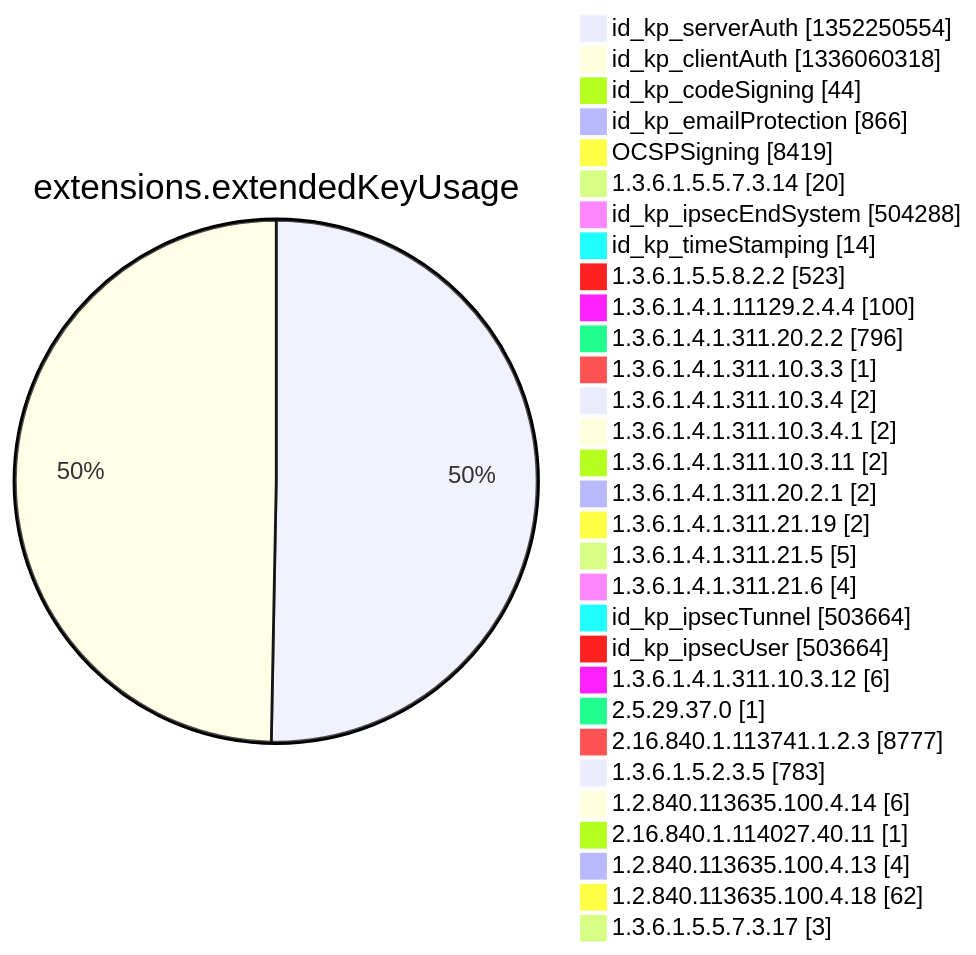
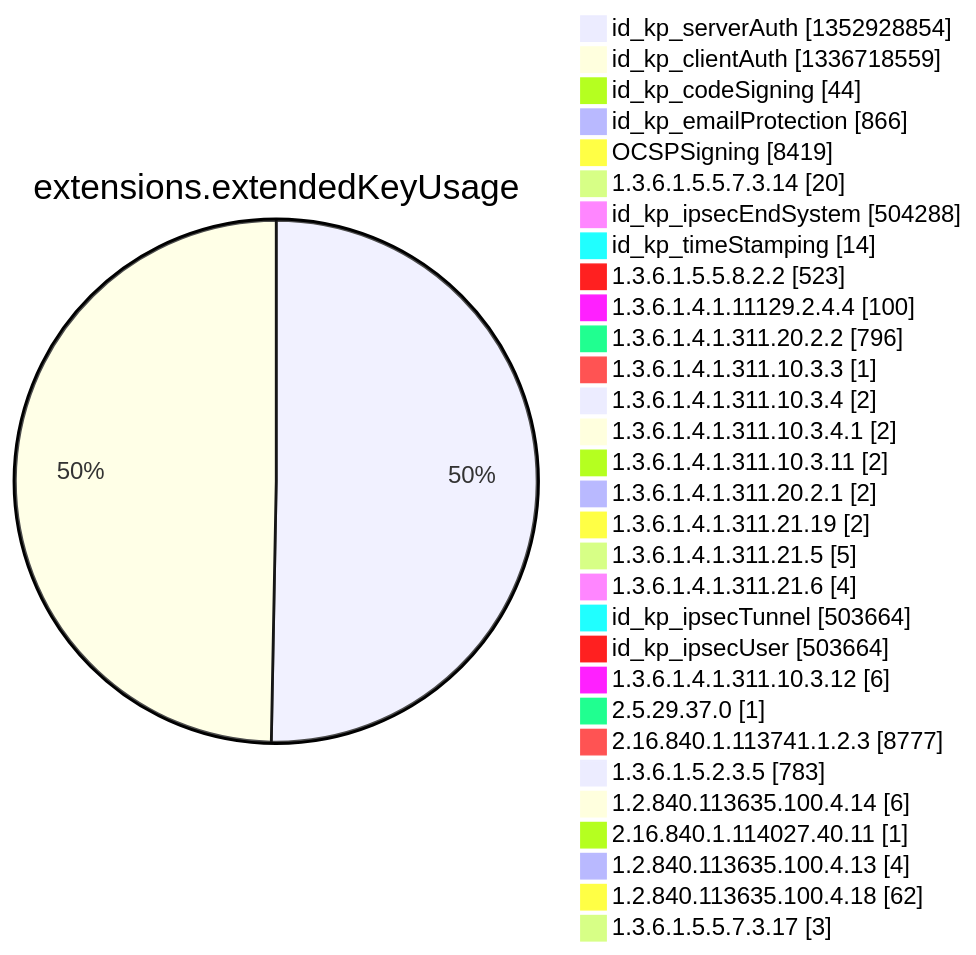
One commit to christiankrug/ctmonitor_visualization changed diagram 12 of 15 in argon2022/README.md. Above: the diagram before and after it, drawn with Mermaid. The commit also changed other lines of this file, not shown here.

````diff
--- a/argon2022/README.md
+++ b/argon2022/README.md
@@ -3553,34 +3553,34 @@
 ```mermaid
 pie showData
 title extensions.extendedKeyUsage
-"id_kp_serverAuth" :1352250554
-"id_kp_clientAuth" :1336060318
+"id_kp_serverAuth" :1352928854
+"id_kp_clientAuth" :1336718559
 "id_kp_codeSigning" :44
 "id_kp_emailProtection" :866
 "OCSPSigning" :8419
 "1.3.6.1.5.5.7.3.14" :20
 "id_kp_ipsecEndSystem" :504288
 "id_kp_timeStamping" :14
 "1.3.6.1.5.5.8.2.2" :523
 "1.3.6.1.4.1.11129.2.4.4" :100
 "1.3.6.1.4.1.311.20.2.2" :796
 "1.3.6.1.4.1.311.10.3.3" :1
 "1.3.6.1.4.1.311.10.3.4" :2
 "1.3.6.1.4.1.311.10.3.4.1" :2
 "1.3.6.1.4.1.311.10.3.11" :2
 "1.3.6.1.4.1.311.20.2.1" :2
 "1.3.6.1.4.1.311.21.19" :2
 "1.3.6.1.4.1.311.21.5" :5
 "1.3.6.1.4.1.311.21.6" :4
 "id_kp_ipsecTunnel" :503664
 "id_kp_ipsecUser" :503664
 "1.3.6.1.4.1.311.10.3.12" :6
 "2.5.29.37.0" :1
 "2.16.840.1.113741.1.2.3" :8777
 "1.3.6.1.5.2.3.5" :783
 "1.2.840.113635.100.4.14" :6
 "2.16.840.1.114027.40.11" :1
 "1.2.840.113635.100.4.13" :4
 "1.2.840.113635.100.4.18" :62
 "1.3.6.1.5.5.7.3.17" :3
 ```
````
